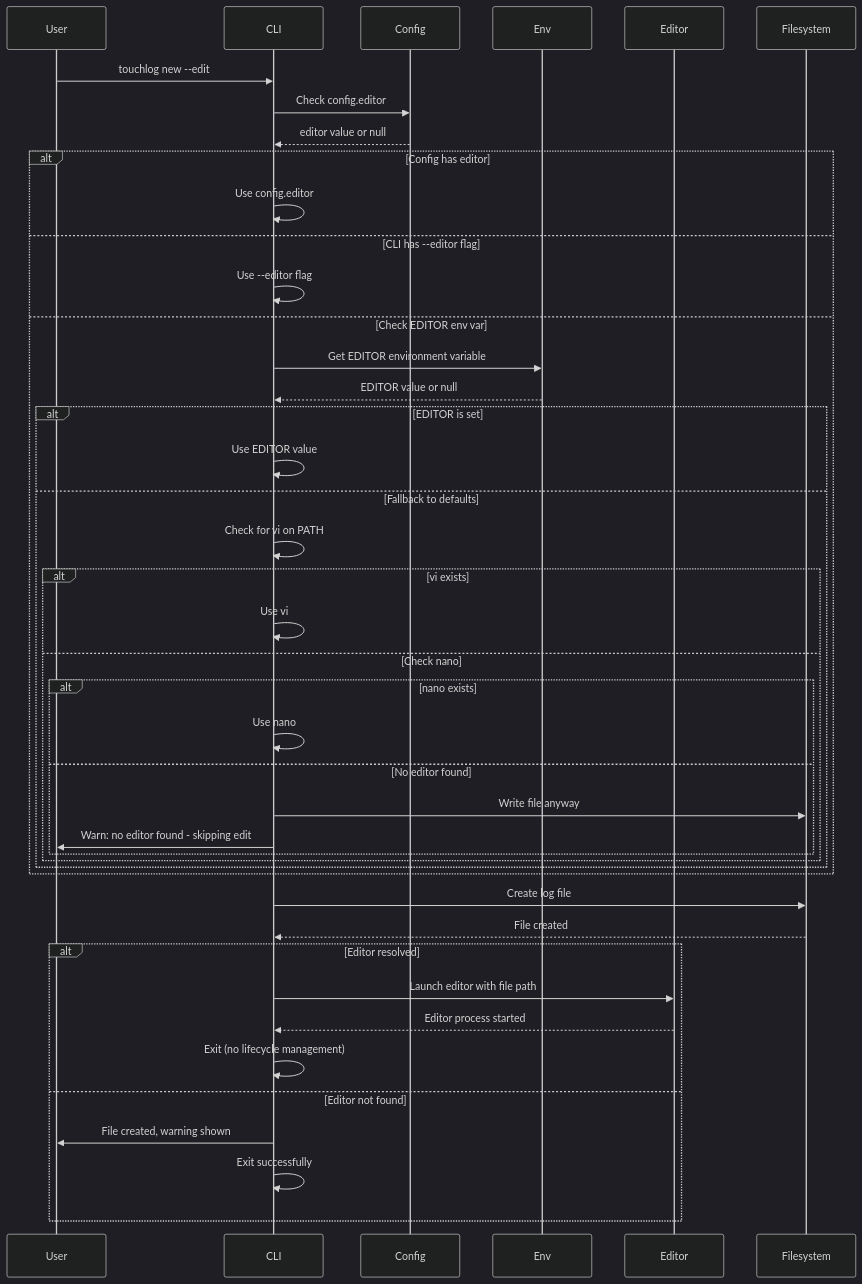
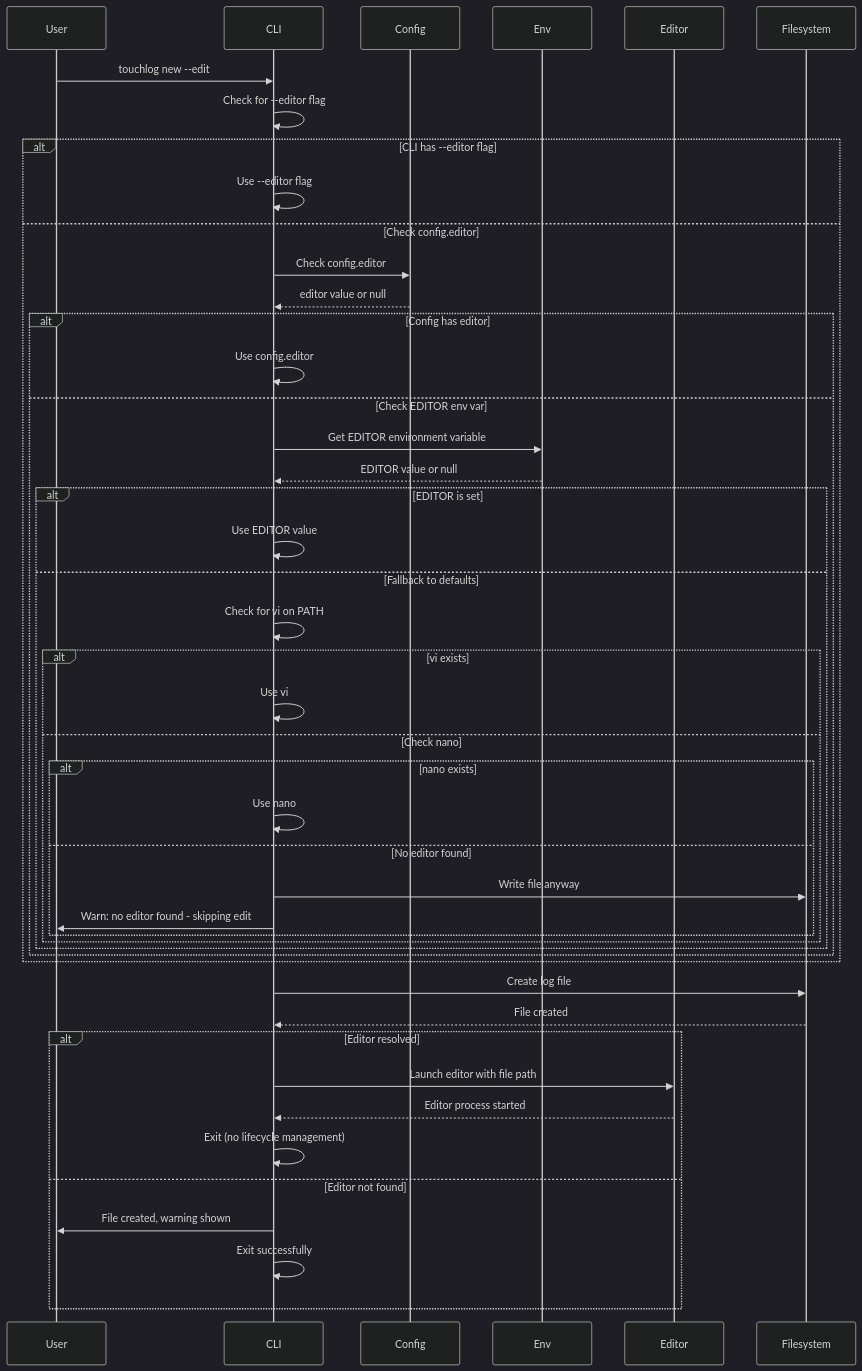
One commit to sv4u/touchlog changed the sixth of 14 diagrams in SCENARIOS_DIAGRAMS.md. Above: the diagram before and after it, drawn with Mermaid (dark theme). The commit also changed other lines of this file and 1 other file, not shown here.

Commit message:
docs: update diagrams to be in line with scenarios

````diff
--- a/SCENARIOS_DIAGRAMS.md
+++ b/SCENARIOS_DIAGRAMS.md
@@ -193,50 +193,54 @@
 ```mermaid
 sequenceDiagram
     participant User
     participant CLI
     participant Config
     participant Env
     participant Editor
     participant Filesystem
     
     User->>CLI: touchlog new --edit
-    CLI->>Config: Check config.editor
-    Config-->>CLI: editor value or null
+    CLI->>CLI: Check for --editor flag
     
-    alt Config has editor
-        CLI->>CLI: Use config.editor
-    else CLI has --editor flag
+    alt CLI has --editor flag
         CLI->>CLI: Use --editor flag
-    else Check EDITOR env var
-        CLI->>Env: Get EDITOR environment variable
-        Env-->>CLI: EDITOR value or null
+    else Check config.editor
+        CLI->>Config: Check config.editor
+        Config-->>CLI: editor value or null
         
-        alt EDITOR is set
-            CLI->>CLI: Use EDITOR value
-        else Fallback to defaults
-            CLI->>CLI: Check for vi on PATH
-            alt vi exists
-                CLI->>CLI: Use vi
-            else Check nano
-                alt nano exists
-                    CLI->>CLI: Use nano
-                else No editor found
-                    CLI->>Filesystem: Write file anyway
-                    CLI->>User: Warn: no editor found - skipping edit
+        alt Config has editor
+            CLI->>CLI: Use config.editor
+        else Check EDITOR env var
+            CLI->>Env: Get EDITOR environment variable
+            Env-->>CLI: EDITOR value or null
+            
+            alt EDITOR is set
+                CLI->>CLI: Use EDITOR value
+            else Fallback to defaults
+                CLI->>CLI: Check for vi on PATH
+                alt vi exists
+                    CLI->>CLI: Use vi
+                else Check nano
+                    alt nano exists
+                        CLI->>CLI: Use nano
+                    else No editor found
+                        CLI->>Filesystem: Write file anyway
+                        CLI->>User: Warn: no editor found - skipping edit
+                    end
                 end
             end
         end
     end
     
     CLI->>Filesystem: Create log file
     Filesystem-->>CLI: File created
     
     alt Editor resolved
         CLI->>Editor: Launch editor with file path
         Editor-->>CLI: Editor process started
         CLI->>CLI: Exit (no lifecycle management)
     else Editor not found
         CLI->>User: File created, warning shown
         CLI->>CLI: Exit successfully
     end
 ```
````
